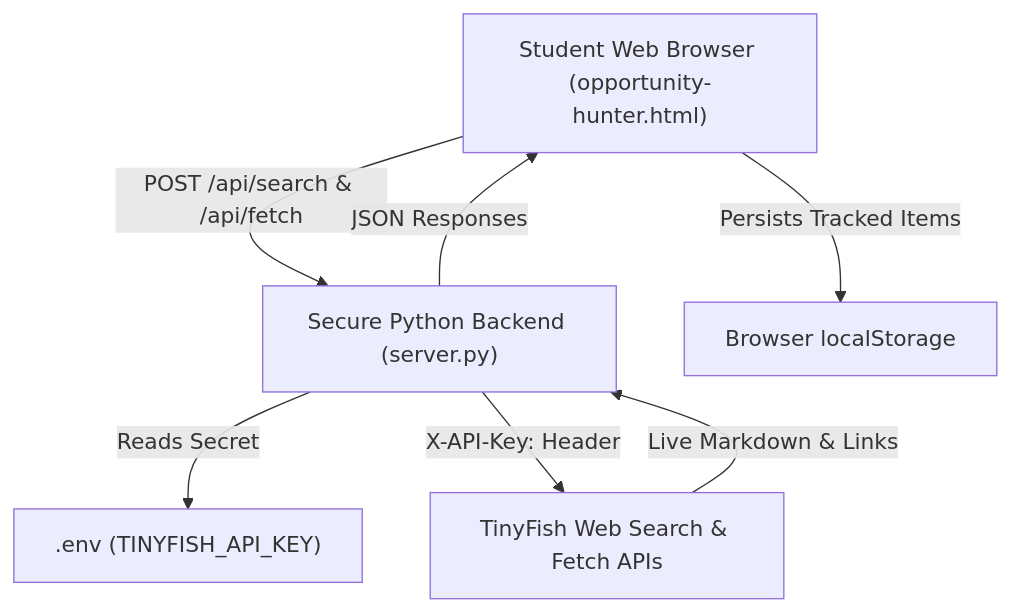
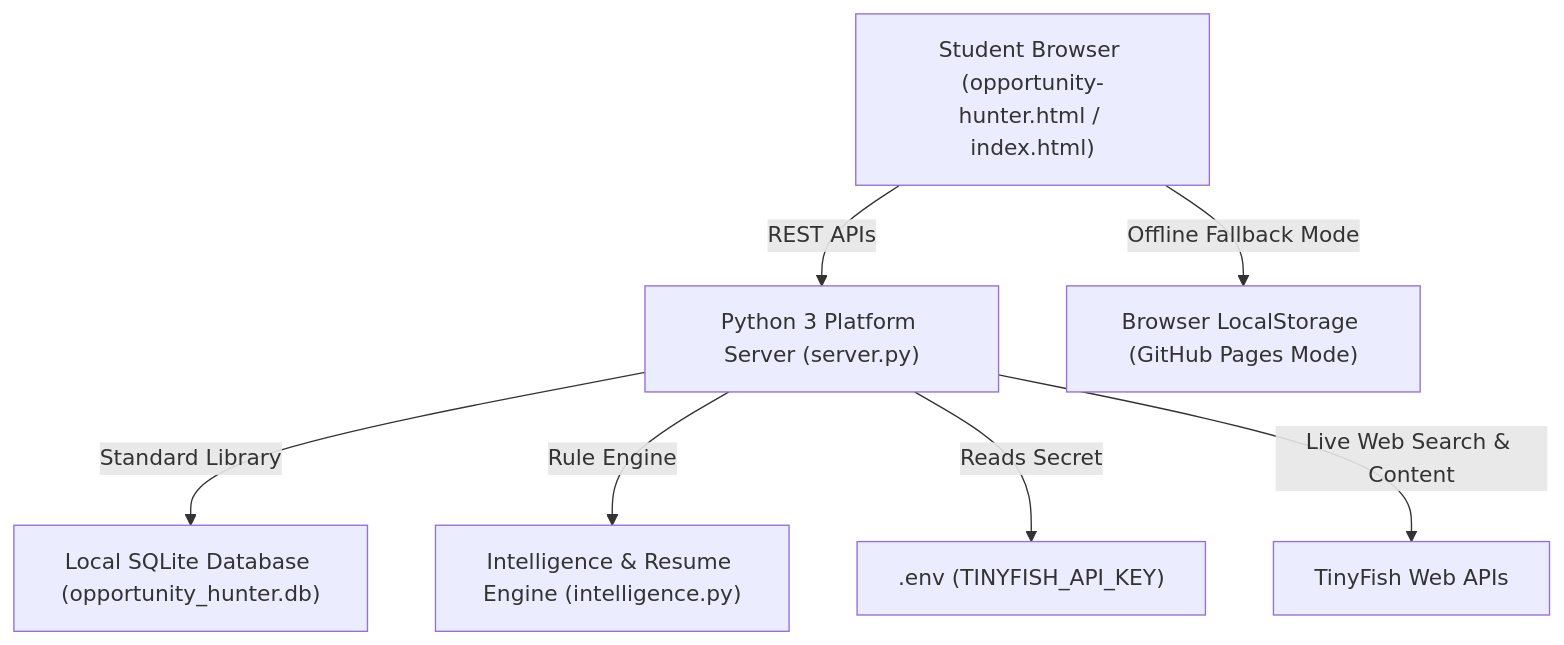
The diagram in README.md (Aashi230/opportunity-hunter), drawn with Mermaid before and after one commit. The commit also changed other lines of this file and 11 other files, not shown here.

Commit message:
feat(v2.0): upgrade to Opportunity Hunter 2.0 with SaaS UI, Resume Analyzer, 8-stage Kanban, SQLite persistence & Career Assistant

````diff
--- a/README.md
+++ b/README.md
@@ -110,9 +102,9 @@
 ```mermaid
 flowchart TD
-    User["Student Web Browser (opportunity-hunter.html)"] -->|"POST /api/search & /api/fetch"| Backend["Secure Python Backend (server.py)"]
+    User["Student Browser (opportunity-hunter.html / index.html)"] -->|"REST APIs"| Backend["Python 3 Platform Server (server.py)"]
+    Backend -->|"Standard Library"| DB["Local SQLite Database (opportunity_hunter.db)"]
+    Backend -->|"Rule Engine"| Intel["Intelligence & Resume Engine (intelligence.py)"]
     Backend -->|"Reads Secret"| Env[".env (TINYFISH_API_KEY)"]
-    Backend -->|"X-API-Key: Header"| TinyFish["TinyFish Web Search & Fetch APIs"]
-    TinyFish -->|"Live Markdown & Links"| Backend
-    Backend -->|"JSON Responses"| User
-    User -->|"Persists Tracked Items"| LocalStorage["Browser localStorage"]
+    Backend -->|"Live Web Search & Content"| TinyFish["TinyFish Web APIs"]
+    User -->|"Offline Fallback Mode"| LocalStorage["Browser LocalStorage (GitHub Pages Mode)"]
 ```
````
